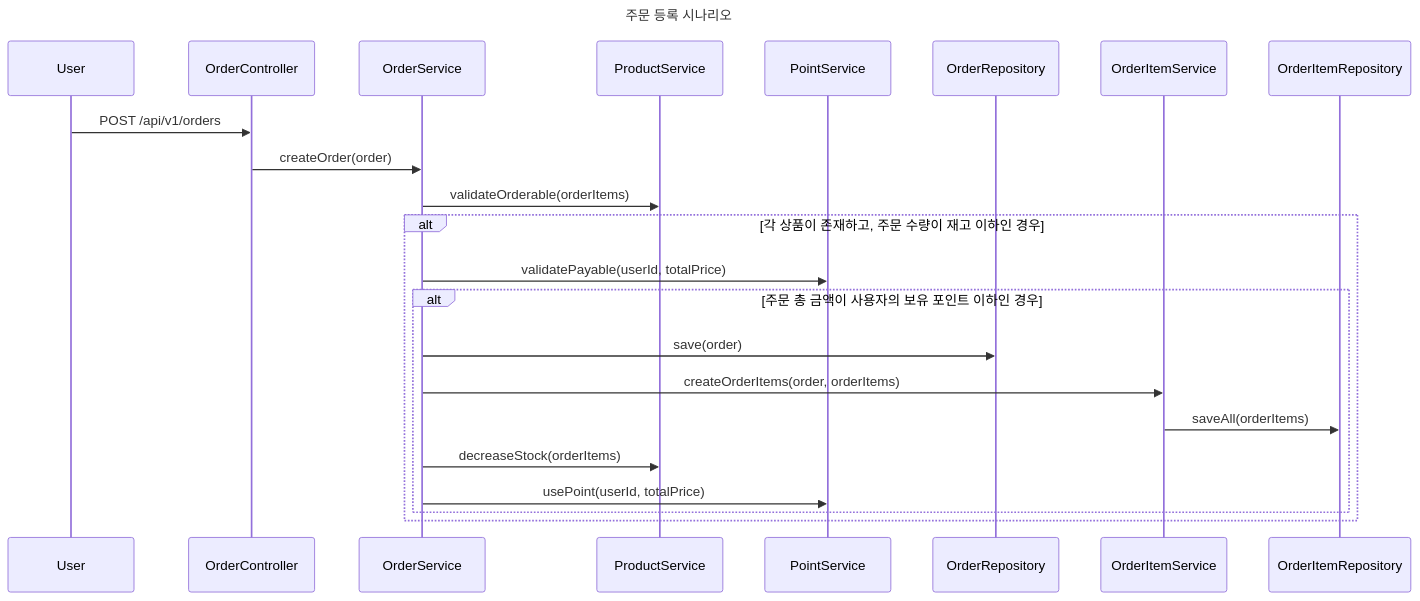
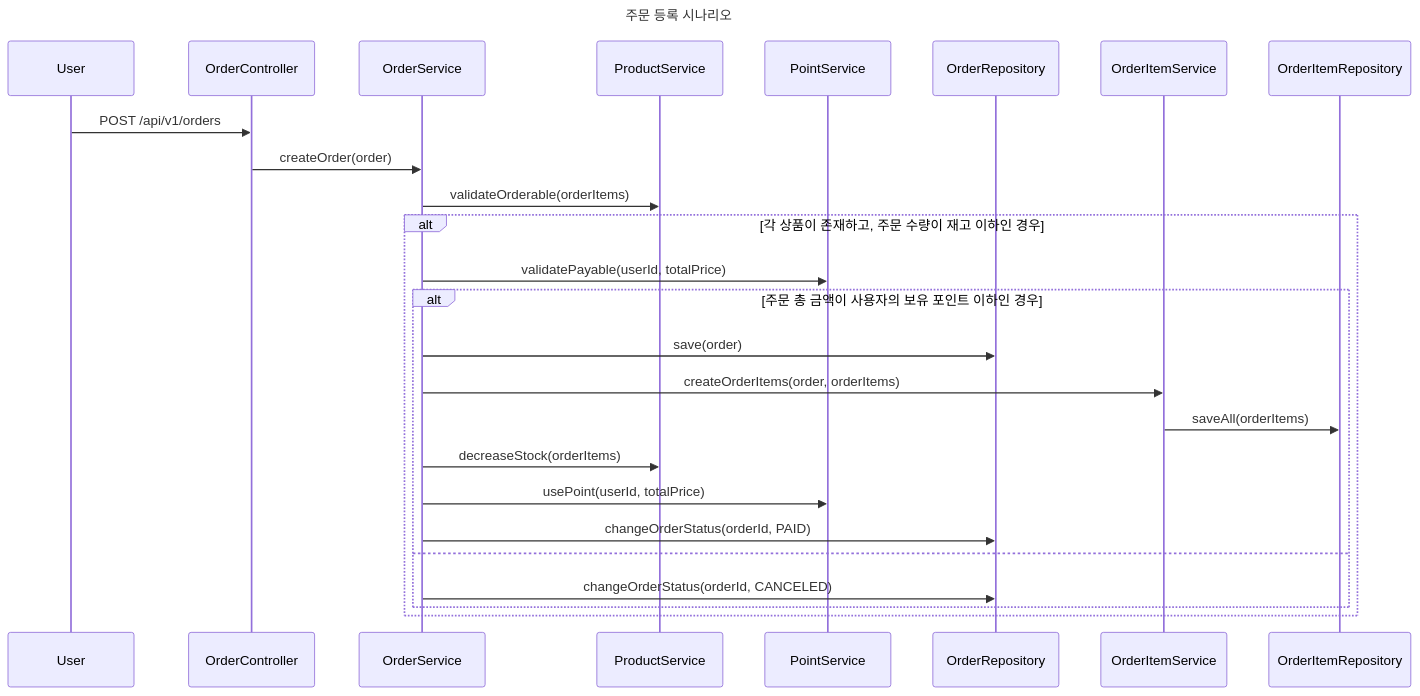
One commit to lim-jaein/loopers-ecommerce changed the second of 2 diagrams in .docs/02-sequence-diagrams.md. Above: the diagram before and after it, drawn with Mermaid.

Commit message:
docs : 시퀀스 다이어그램 수정 - 주문 상태 변경 로직 추가

````diff
--- a/.docs/02-sequence-diagrams.md
+++ b/.docs/02-sequence-diagrams.md
@@ -29,28 +29,34 @@
 ```mermaid
 sequenceDiagram
     title 주문 등록 시나리오
     participant User
     participant OrderController
     participant OrderService
     participant ProductService
     participant PointService
     participant OrderRepository
     participant OrderItemService
     participant OrderItemRepository
 
     User->>OrderController: POST /api/v1/orders
     OrderController->>OrderService: createOrder(order)
     OrderService->>ProductService: validateOrderable(orderItems)
 
     alt 각 상품이 존재하고, 주문 수량이 재고 이하인 경우
         OrderService->>PointService: validatePayable(userId, totalPrice)
 
         alt 주문 총 금액이 사용자의 보유 포인트 이하인 경우
             OrderService->>OrderRepository: save(order)
+            
             OrderService->>OrderItemService: createOrderItems(order, orderItems)
             OrderItemService->>OrderItemRepository: saveAll(orderItems)
+            
             OrderService->>ProductService: decreaseStock(orderItems)
             OrderService->>PointService: usePoint(userId, totalPrice)
+            
+            OrderService->>OrderRepository: changeOrderStatus(orderId, PAID)
+        else
+            OrderService->>OrderRepository: changeOrderStatus(orderId, CANCELED)
         end
     end
 ```
````
